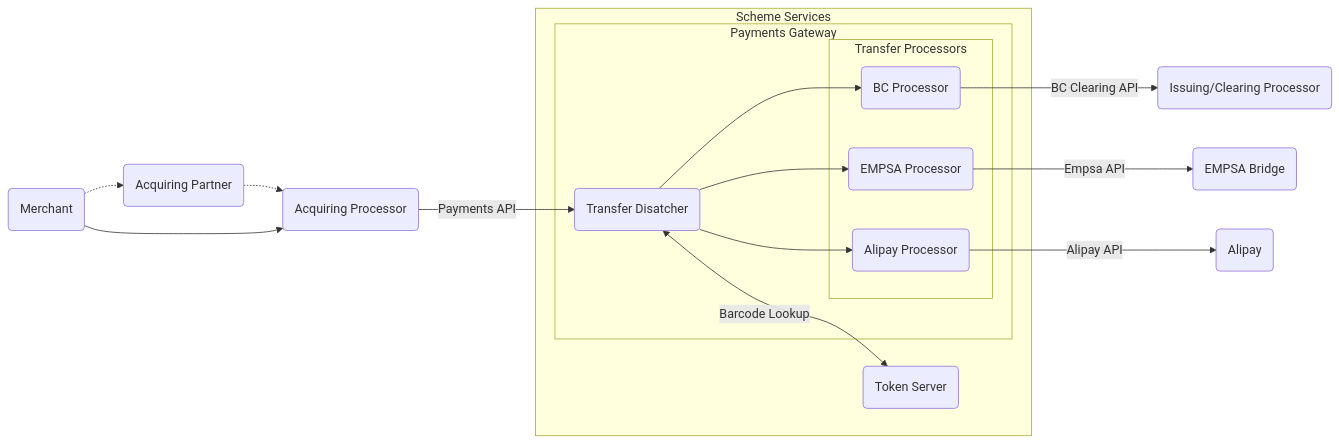
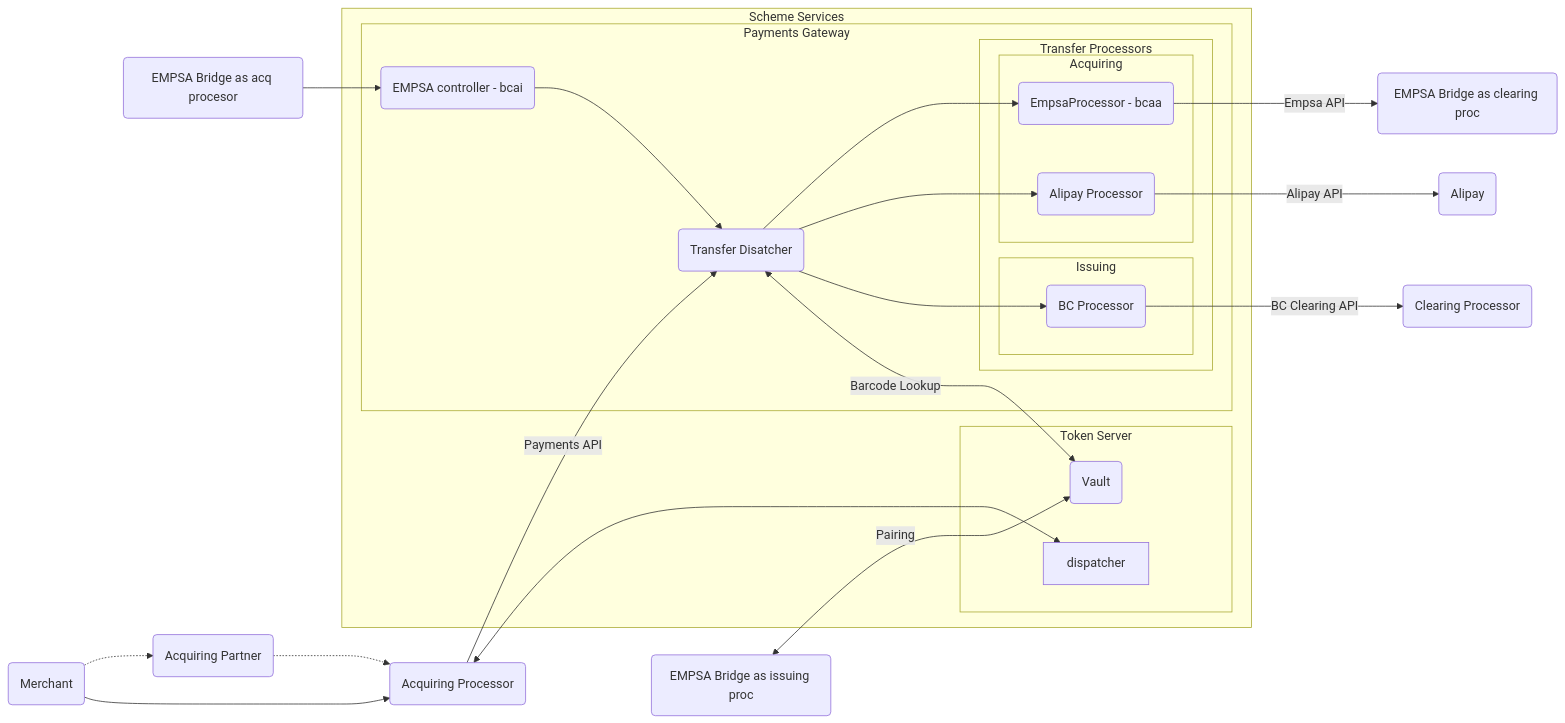
The first of 2 diagrams in obsidian-notes/bluecode/Architecture/Payment Method selection Algorithm.md (predrag-rakic/predrag-config), drawn with Mermaid before and after one commit. The commit also changed other lines of this file and 33 other files, not shown here.

````diff
--- a/obsidian-notes/bluecode/Architecture/Payment Method selection Algorithm.md
+++ b/obsidian-notes/bluecode/Architecture/Payment Method selection Algorithm.md
@@ -2,33 +2,52 @@
 ```mermaid
 flowchart LR
+b_acq_proc(EMPSA Bridge as acq procesor)
+  br_iss_proc(EMPSA Bridge as issuing proc)
 merchant(Merchant)
 ap(Acquiring Partner)
 apr(Acquiring Processor)
-ipr(Issuing/Clearing Processor)
-bridge(EMPSA Bridge)
+  br_clr_proc(EMPSA Bridge as clearing proc)
 alipay(Alipay)
+cpr(Clearing Processor)
+br_iss_proc <--> |Pairing|ts
+
 subgraph Scheme Services
-  ts(Token Server)
+  subgraph Token Server
+		dispatcher
+    ts(Vault)
+		
+	end
   subgraph Payments Gateway
 	  td(Transfer Disatcher)
+		empsa_bcai(EMPSA controller - bcai)
     subgraph Transfer Processors
-	    bc_tp(BC Processor)
-	    empsa_tp(EMPSA Processor)
-	    alipay_tp(Alipay Processor)
+      subgraph Acquiring
+				empsa_tp(EmpsaProcessor - bcaa)
+	      alipay_tp(Alipay Processor)
+      end
+      subgraph Issuing
+        bc_tp(BC Processor)
+      end
     end
 
-    td --> bc_tp
 		td --> empsa_tp
 		td --> alipay_tp
+    td --> bc_tp
   end
   td<-->|Barcode Lookup|ts
 end
+
+apr<-->dispatcher
 
 merchant -.-> ap -.-> apr
 merchant
 -->apr
 -->|Payments API|td
-bc_tp-->|BC Clearing API|ipr
-empsa_tp -->|Empsa API| bridge
+empsa_tp -->|Empsa API| br_clr_proc
 alipay_tp -->|Alipay API| alipay
+bc_tp-->|BC Clearing API|cpr
+
+b_acq_proc-->empsa_bcai
+empsa_bcai-->td
+
 ```
````
